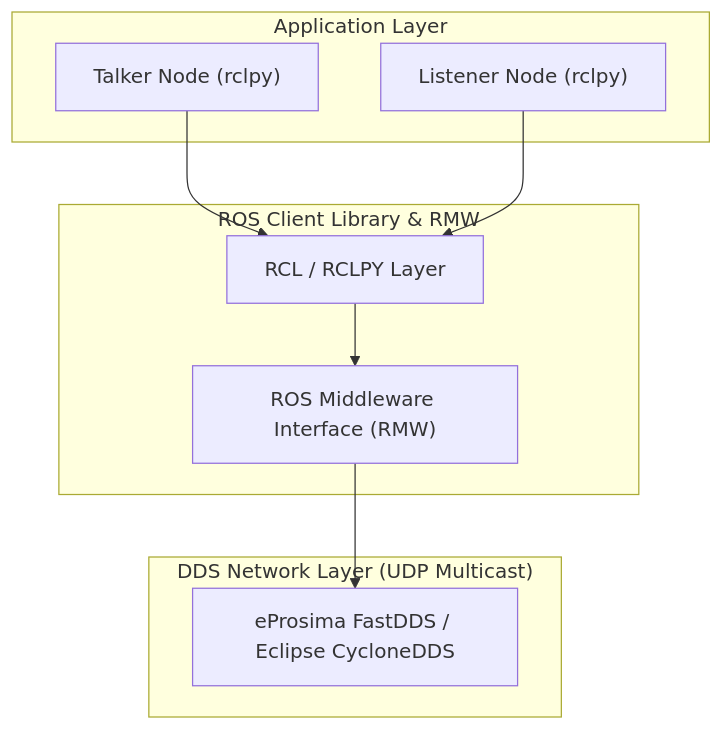
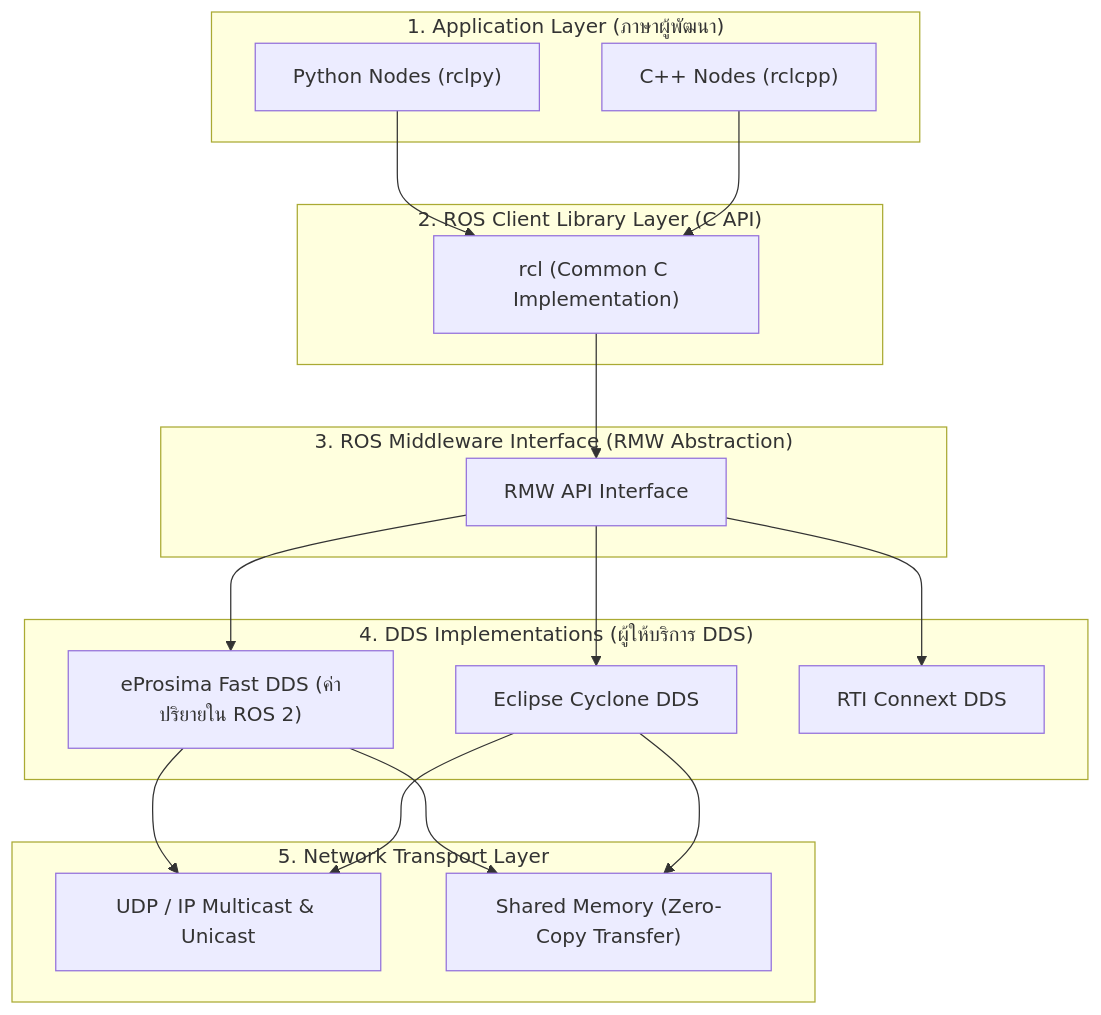
One commit to alfaXphoori/ros2 changed the first of 2 diagrams in Essential_ROS/Week_01_Environment_DDS/Readme.md. Above: the diagram before and after it, drawn with Mermaid. The commit also changed other lines of this file and 43 other files, not shown here.

````diff
--- a/Essential_ROS/Week_01_Environment_DDS/Readme.md
+++ b/Essential_ROS/Week_01_Environment_DDS/Readme.md
@@ -15,21 +36,37 @@
 ```mermaid
 flowchart TD
-    subgraph UserLayer ["Application Layer"]
-        Node1["Talker Node (rclpy)"]
-        Node2["Listener Node (rclpy)"]
+    subgraph AppLayer ["1. Application Layer (ภาษาผู้พัฒนา)"]
+        PyNode["Python Nodes (rclpy)"]
+        CppNode["C++ Nodes (rclcpp)"]
     end
 
-    subgraph MiddlewareLayer ["ROS Client Library & RMW"]
-        RCL["RCL / RCLPY Layer"]
-        RMW["ROS Middleware Interface (RMW)"]
+    subgraph RCLLayer ["2. ROS Client Library Layer (C API)"]
+        RCL["rcl (Common C Implementation)"]
     end
 
-    subgraph DDSLayer ["DDS Network Layer (UDP Multicast)"]
-        FastDDS["eProsima FastDDS / Eclipse CycloneDDS"]
+    subgraph RMWLayer ["3. ROS Middleware Interface (RMW Abstraction)"]
+        RMW["RMW API Interface"]
     end
 
-    Node1 --> RCL
-    Node2 --> RCL
+    subgraph DDSVendors ["4. DDS Implementations (ผู้ให้บริการ DDS)"]
+        FastDDS["eProsima Fast DDS (ค่าปริยายใน ROS 2)"]
+        CycloneDDS["Eclipse Cyclone DDS"]
+        Connext["RTI Connext DDS"]
+    end
+
+    subgraph Transport ["5. Network Transport Layer"]
+        UDP["UDP / IP Multicast & Unicast"]
+        SharedMem["Shared Memory (Zero-Copy Transfer)"]
+    end
+
+    PyNode --> RCL
+    CppNode --> RCL
     RCL --> RMW
     RMW --> FastDDS
+    RMW --> CycloneDDS
+    RMW --> Connext
+    FastDDS --> UDP
+    FastDDS --> SharedMem
+    CycloneDDS --> UDP
+    CycloneDDS --> SharedMem
 ```
````
